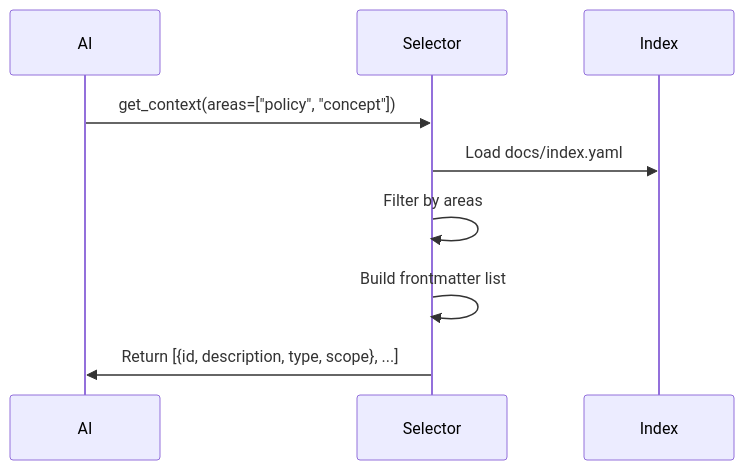
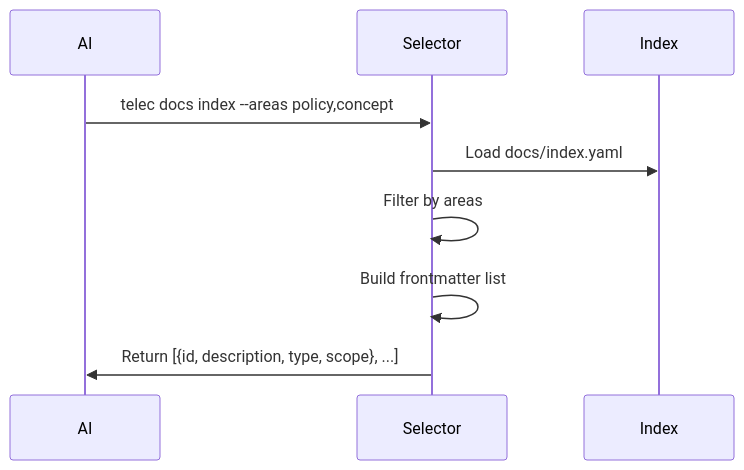
Before and after one commit to InstruktAI/TeleClaude: the second of 3 diagrams in docs/project/design/architecture/context-selection.md, drawn with Mermaid. The commit also changed other lines of this file and 149 other files, not shown here.

````diff
--- a/docs/project/design/architecture/context-selection.md
+++ b/docs/project/design/architecture/context-selection.md
@@ -70,12 +70,12 @@
 ```mermaid
 sequenceDiagram
     participant AI
     participant Selector
     participant Index
 
-    AI->>Selector: get_context(areas=["policy", "concept"])
+    AI->>Selector: telec docs index --areas policy,concept
     Selector->>Index: Load docs/index.yaml
     Selector->>Selector: Filter by areas
     Selector->>Selector: Build frontmatter list
     Selector->>AI: Return [{id, description, type, scope}, ...]
 ```
````
